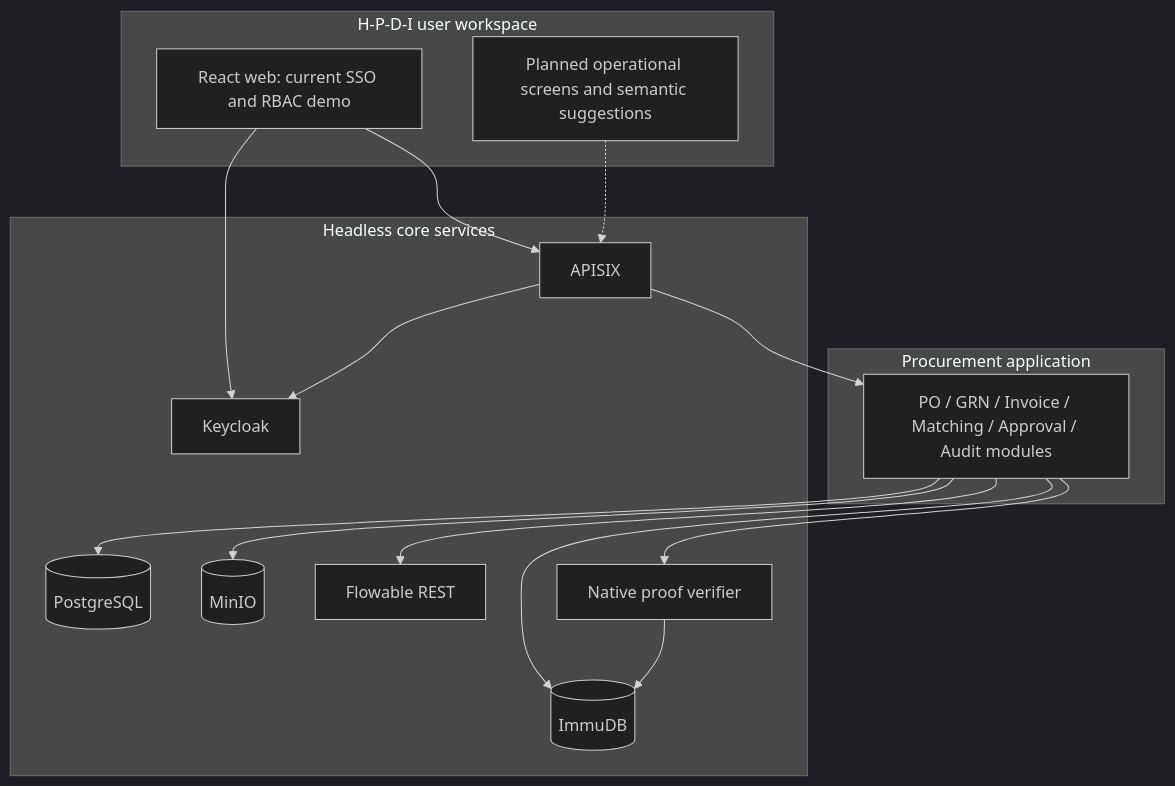
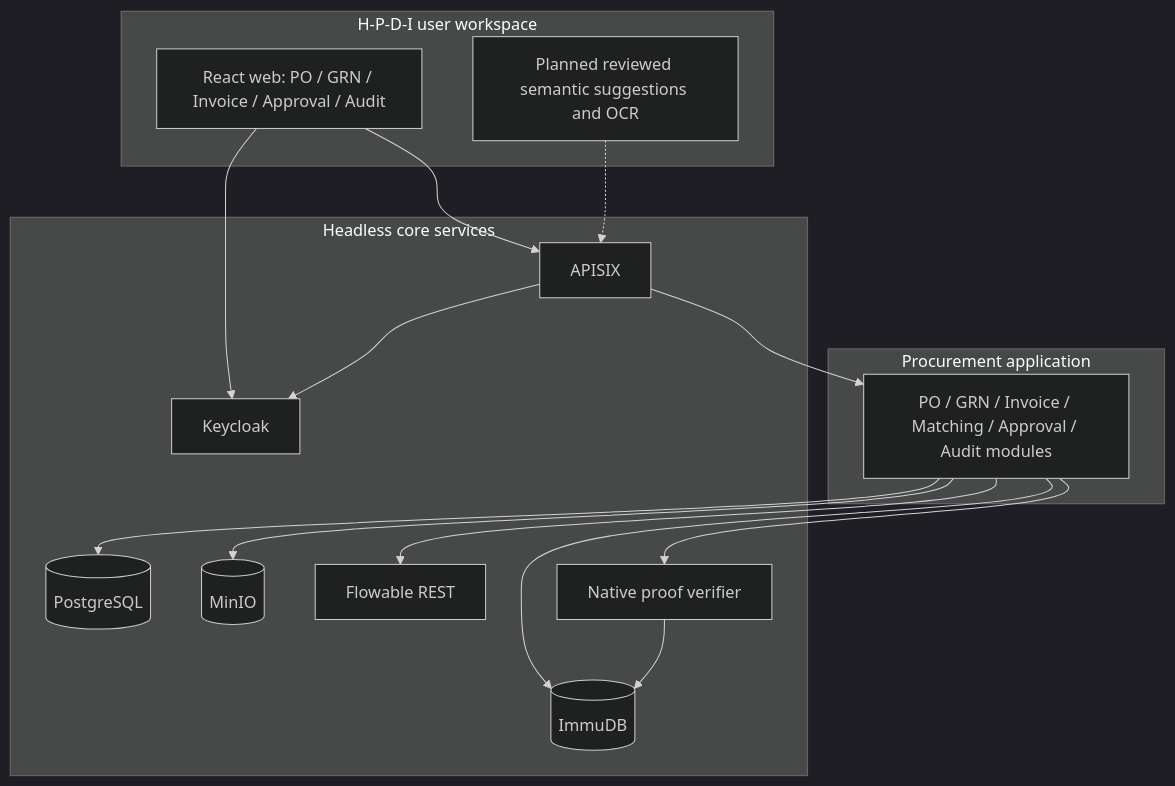
Before and after one commit to hieunofun/AI-Powered-DX-OS: the diagram in docs/architecture/DX_OS_OVERVIEW.md, drawn with Mermaid (dark theme). The commit also changed other lines of this file and 23 other files, not shown here.

````diff
--- a/docs/architecture/DX_OS_OVERVIEW.md
+++ b/docs/architecture/DX_OS_OVERVIEW.md
@@ -7,30 +7,30 @@
 ```mermaid
 flowchart TB
   subgraph Application[Procurement application]
     Domain[PO / GRN / Invoice / Matching / Approval / Audit modules]
   end
   subgraph Workspace[H-P-D-I user workspace]
-    Web[React web: current SSO and RBAC demo]
-    Next[Planned operational screens and semantic suggestions]
+    Web[React web: PO / GRN / Invoice / Approval / Audit]
+    Next[Planned reviewed semantic suggestions and OCR]
   end
   subgraph Core[Headless core services]
     Gateway[APISIX]
     Identity[Keycloak]
     DB[(PostgreSQL)]
     Objects[(MinIO)]
     Engine[Flowable REST]
     Ledger[(ImmuDB)]
     Verifier[Native proof verifier]
   end
   Web --> Gateway
   Web --> Identity
   Next -.-> Gateway
   Gateway --> Domain
   Gateway --> Identity
   Domain --> DB
   Domain --> Objects
   Domain --> Engine
   Domain --> Ledger
   Domain --> Verifier
   Verifier --> Ledger
 ```
````
